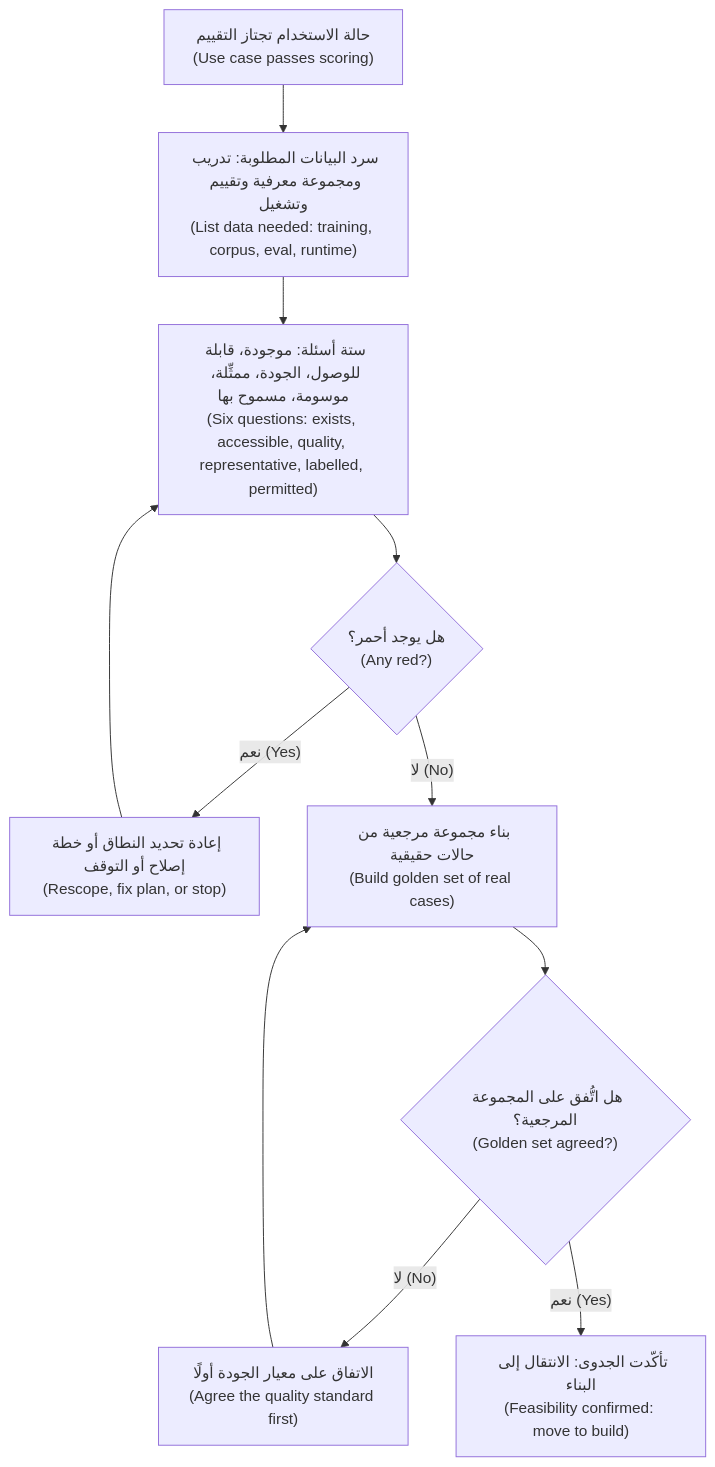
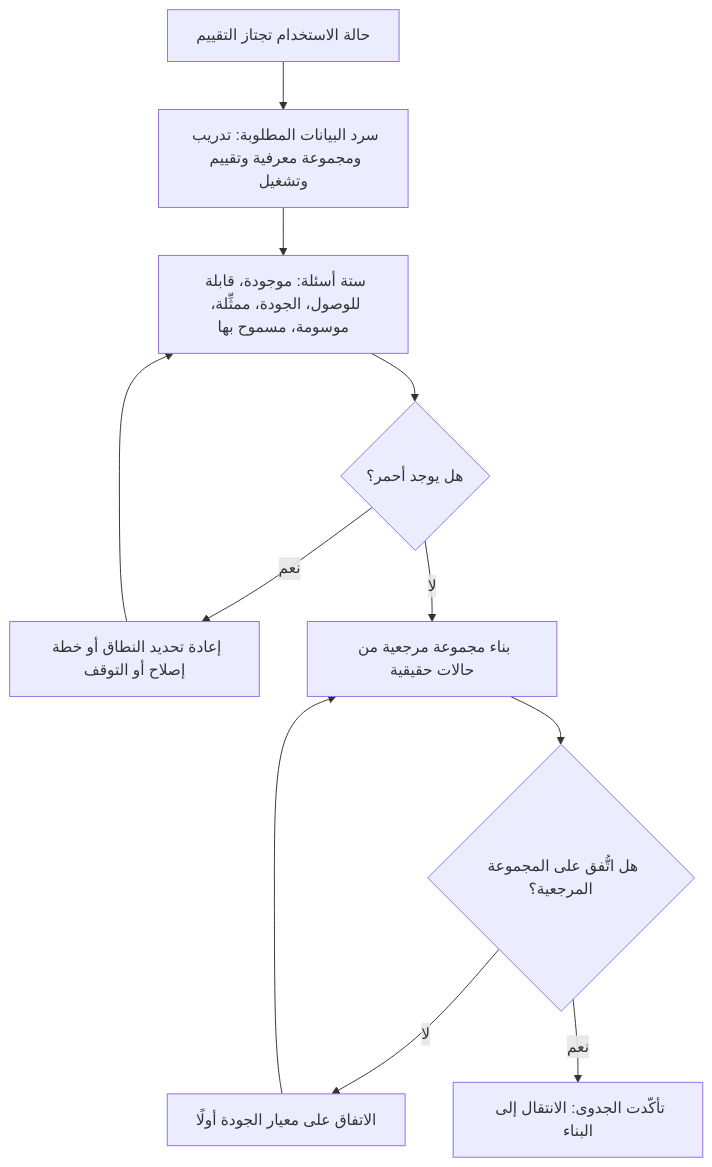
The first of 3 diagrams in aipm/modules/03-data.ar.md (Tamoura/system-design-for-vibe-coders), drawn with Mermaid before and after one commit. The commit also changed other lines of this file and 551 other files, not shown here.

````diff
--- a/aipm/modules/03-data.ar.md
+++ b/aipm/modules/03-data.ar.md
@@ -79,13 +79,13 @@
 ```mermaid
 flowchart TD
-    A["حالة الاستخدام تجتاز التقييم<br/>(Use case passes scoring)"] --> B["سرد البيانات المطلوبة: تدريب ومجموعة معرفية وتقييم وتشغيل<br/>(List data needed: training, corpus, eval, runtime)"]
-    B --> C["ستة أسئلة: موجودة، قابلة للوصول، الجودة، ممثِّلة، موسومة، مسموح بها<br/>(Six questions: exists, accessible, quality, representative, labelled, permitted)"]
-    C --> D{"هل يوجد أحمر؟<br/>(Any red?)"}
-    D -- "نعم (Yes)" --> E["إعادة تحديد النطاق أو خطة إصلاح أو التوقف<br/>(Rescope, fix plan, or stop)"]
-    D -- "لا (No)" --> F["بناء مجموعة مرجعية من حالات حقيقية<br/>(Build golden set of real cases)"]
+    A["حالة الاستخدام تجتاز التقييم"] --> B["سرد البيانات المطلوبة: تدريب ومجموعة معرفية وتقييم وتشغيل"]
+    B --> C["ستة أسئلة: موجودة، قابلة للوصول، الجودة، ممثِّلة، موسومة، مسموح بها"]
+    C --> D{"هل يوجد أحمر؟"}
+    D -- "نعم" --> E["إعادة تحديد النطاق أو خطة إصلاح أو التوقف"]
+    D -- "لا" --> F["بناء مجموعة مرجعية من حالات حقيقية"]
     E --> C
-    F --> G{"هل اتُّفق على المجموعة المرجعية؟<br/>(Golden set agreed?)"}
-    G -- "لا (No)" --> H["الاتفاق على معيار الجودة أولًا<br/>(Agree the quality standard first)"]
-    G -- "نعم (Yes)" --> I["تأكّدت الجدوى: الانتقال إلى البناء<br/>(Feasibility confirmed: move to build)"]
+    F --> G{"هل اتُّفق على المجموعة المرجعية؟"}
+    G -- "لا" --> H["الاتفاق على معيار الجودة أولًا"]
+    G -- "نعم" --> I["تأكّدت الجدوى: الانتقال إلى البناء"]
     H --> F
 ```
````
